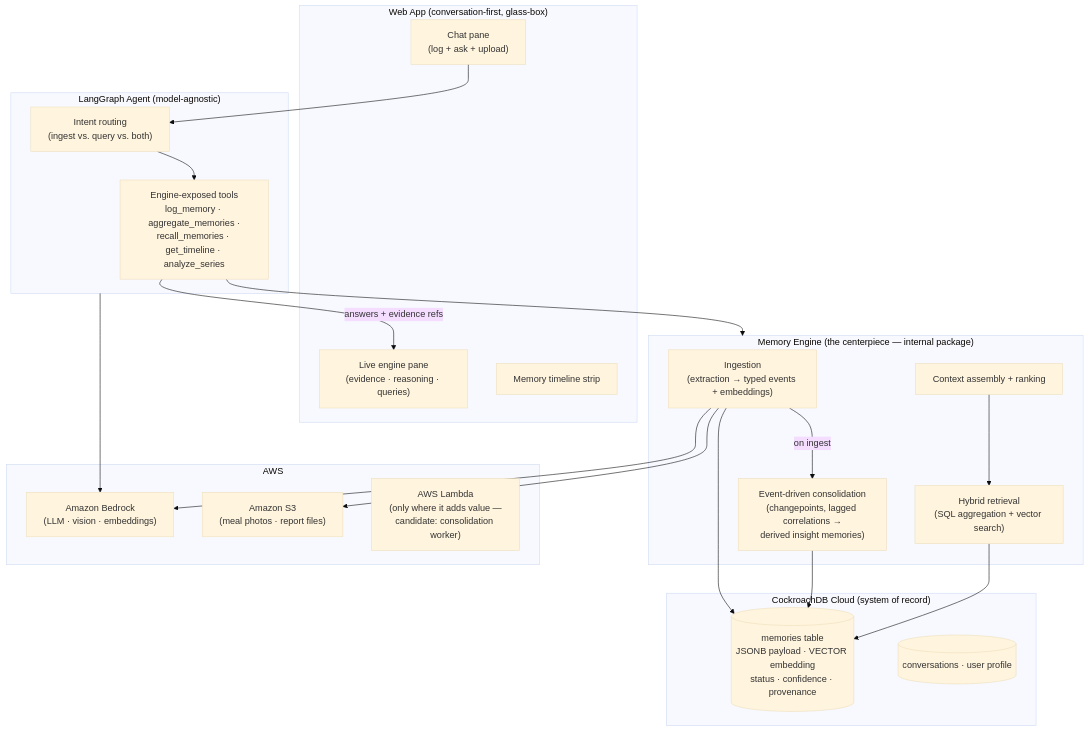
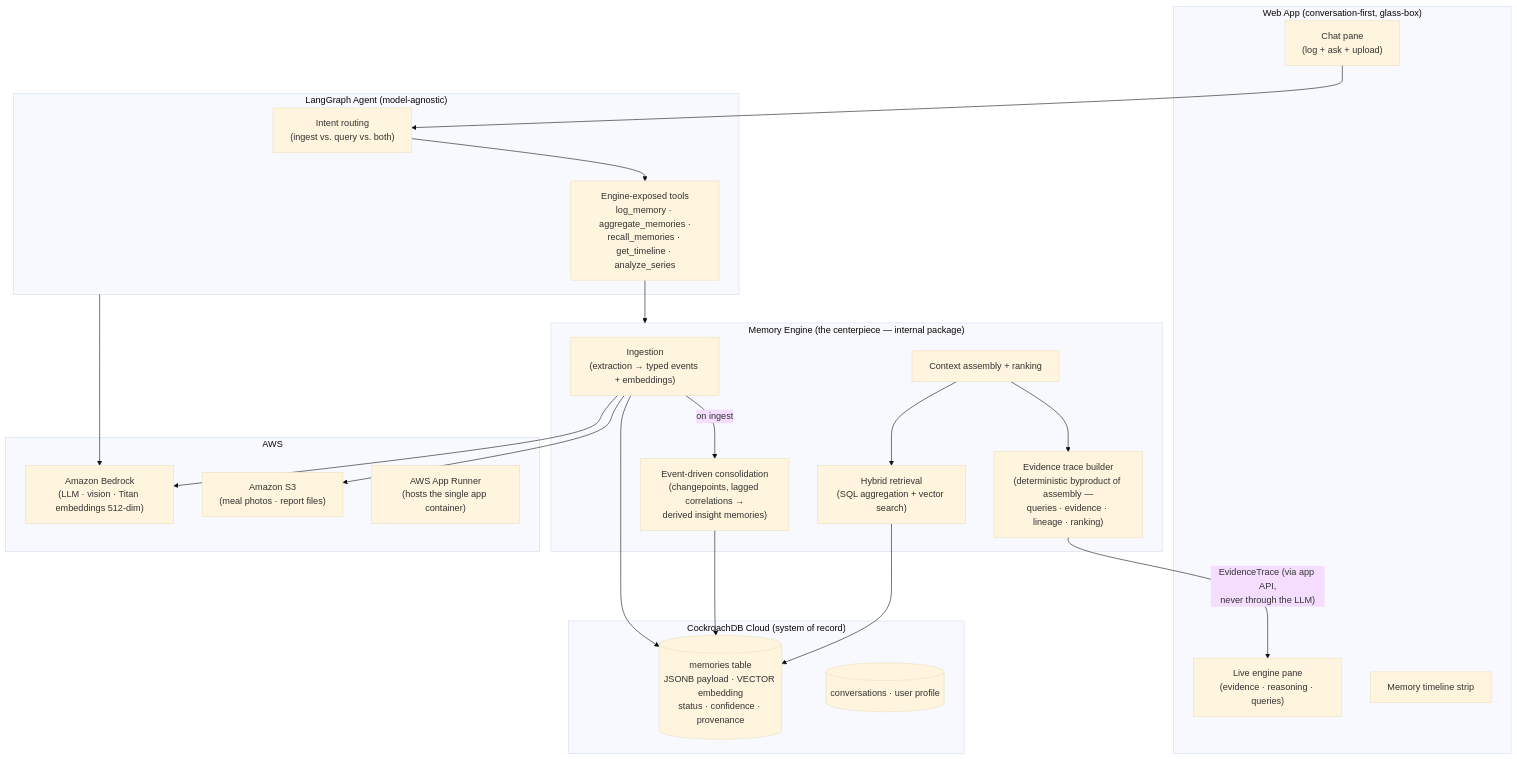
Before and after one commit to adityajamge/ai-fitness-memory-agent: the diagram in docs/office-hours/02-architecture-overview.md, drawn with Mermaid (base theme). The commit also changed other lines of this file and 15 other files, not shown here.

````diff
--- a/docs/office-hours/02-architecture-overview.md
+++ b/docs/office-hours/02-architecture-overview.md
@@ -7,44 +7,46 @@
 ```mermaid
 flowchart TB
     subgraph Client["Web App (conversation-first, glass-box)"]
         CHAT["Chat pane<br/>(log + ask + upload)"]
         ENGINE_PANE["Live engine pane<br/>(evidence · reasoning · queries)"]
         TIMELINE["Memory timeline strip"]
     end
 
     subgraph Agent["LangGraph Agent (model-agnostic)"]
         ROUTER["Intent routing<br/>(ingest vs. query vs. both)"]
         TOOLS["Engine-exposed tools<br/>log_memory · aggregate_memories ·<br/>recall_memories · get_timeline · analyze_series"]
     end
 
     subgraph ME["Memory Engine (the centerpiece — internal package)"]
         INGEST["Ingestion<br/>(extraction → typed events + embeddings)"]
         RETRIEVE["Hybrid retrieval<br/>(SQL aggregation + vector search)"]
         CONSOLIDATE["Event-driven consolidation<br/>(changepoints, lagged correlations →<br/>derived insight memories)"]
         ASSEMBLE["Context assembly + ranking"]
+        TRACE["Evidence trace builder<br/>(deterministic byproduct of assembly —<br/>queries · evidence · lineage · ranking)"]
     end
 
     subgraph AWS["AWS"]
-        BEDROCK["Amazon Bedrock<br/>(LLM · vision · embeddings)"]
+        BEDROCK["Amazon Bedrock<br/>(LLM · vision · Titan embeddings 512-dim)"]
         S3["Amazon S3<br/>(meal photos · report files)"]
-        LAMBDA["AWS Lambda<br/>(only where it adds value —<br/>candidate: consolidation worker)"]
+        APPRUNNER["AWS App Runner<br/>(hosts the single app container)"]
     end
 
     subgraph CRDB["CockroachDB Cloud (system of record)"]
         MEMORIES[("memories table<br/>JSONB payload · VECTOR embedding<br/>status · confidence · provenance")]
         AUX[("conversations · user profile")]
     end
 
     CHAT --> ROUTER
     ROUTER --> TOOLS
     TOOLS --> ME
     INGEST --> BEDROCK
     INGEST --> S3
     INGEST --> MEMORIES
     INGEST -->|"on ingest"| CONSOLIDATE
     CONSOLIDATE --> MEMORIES
     RETRIEVE --> MEMORIES
     ASSEMBLE --> RETRIEVE
-    TOOLS -->|"answers + evidence refs"| ENGINE_PANE
+    ASSEMBLE --> TRACE
+    TRACE -->|"EvidenceTrace (via app API,<br/>never through the LLM)"| ENGINE_PANE
     Agent --> BEDROCK
 ```
````
